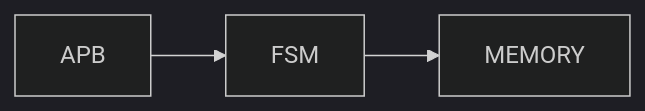
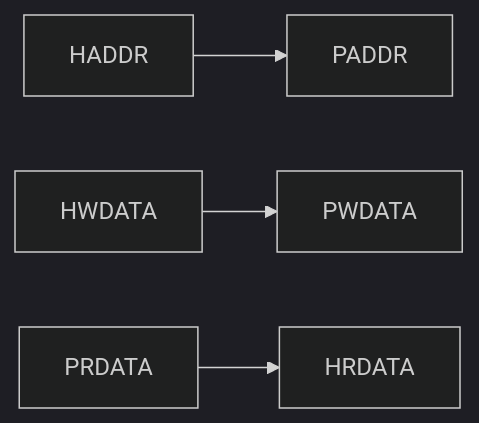
The third of 6 diagrams in README.md (rajesh042005/APB-Peripheral-Wrappers---Verilog-RTL-Design), drawn with Mermaid (dark theme) before and after one commit. The commit also changed other lines of this file, not shown here.

````diff
--- a/README.md
+++ b/README.md
@@ -193,5 +66,6 @@
 ```mermaid
 flowchart LR
-    APB --> FSM
-    FSM --> MEMORY
+    HADDR --> PADDR
+    HWDATA --> PWDATA
+    PRDATA --> HRDATA
 ```
````
